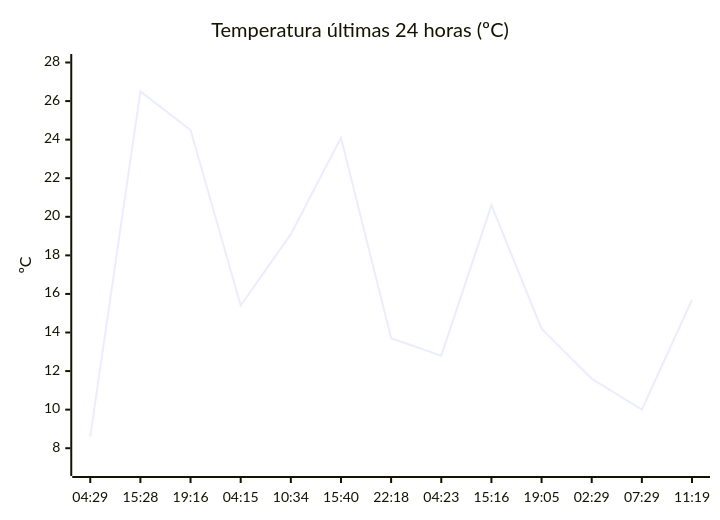
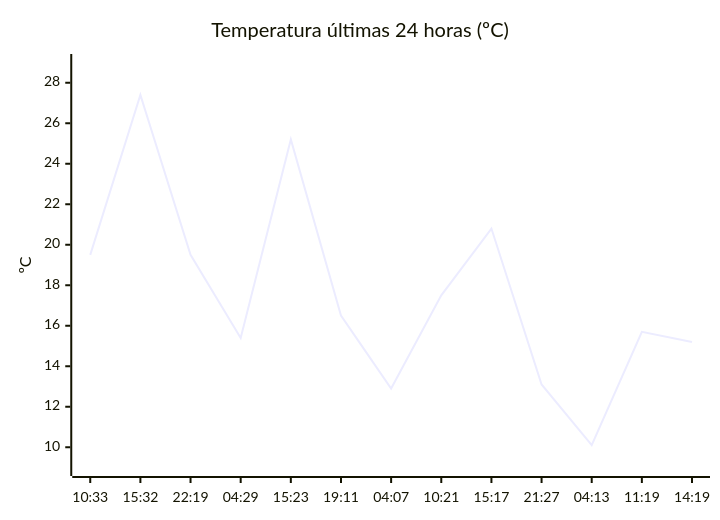
The diagram in README.md (solidsnk86/rem-scrap), drawn with Mermaid before and after one commit. The commit also changed other lines of this file, not shown here.

````diff
--- a/README.md
+++ b/README.md
@@ -28,7 +28,7 @@
 ```mermaid
 xychart-beta
     title "Temperatura últimas 24 horas (ºC)"
-    x-axis ["04:29", "15:28", "19:16", "04:15", "10:34", "15:40", "22:18", "04:23", "15:16", "19:05", "02:29", "07:29", "11:19"]
-    y-axis "ºC" 7 --> 28
-    line [8.6, 26.5, 24.5, 15.4, 19.1, 24.1, 13.7, 12.8, 20.6, 14.2, 11.6, 10, 15.7]
+    x-axis ["10:33", "15:32", "22:19", "04:29", "15:23", "19:11", "04:07", "10:21", "15:17", "21:27", "04:13", "11:19", "14:19"]
+    y-axis "ºC" 9 --> 29
+    line [19.5, 27.4, 19.5, 15.4, 25.2, 16.5, 12.9, 17.5, 20.8, 13.1, 10.1, 15.7, 15.2]
 ```
````
